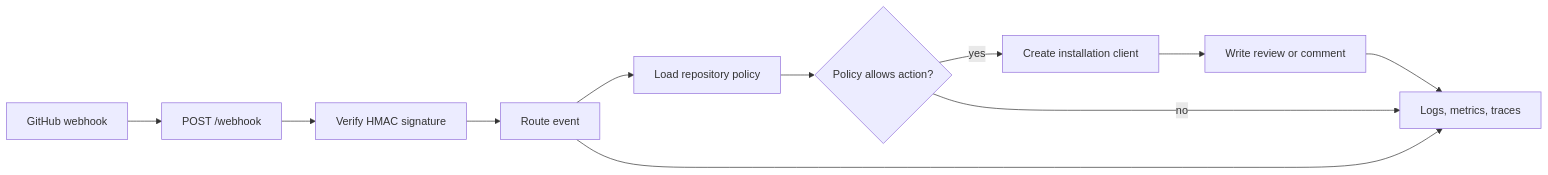
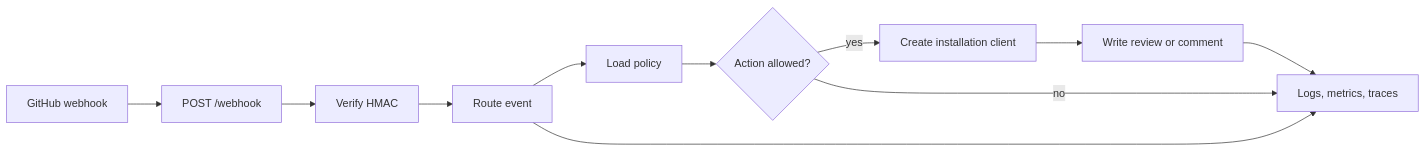
One commit to dannysauer/stampbot changed the first of 2 diagrams in docs/architecture.md. Above: the diagram before and after it, drawn with Mermaid. The commit also changed other lines of this file and 15 other files, not shown here.

````diff
--- a/docs/architecture.md
+++ b/docs/architecture.md
@@ -14,23 +12,23 @@
 ```mermaid
 flowchart LR
     github["GitHub webhook"]
     http["POST /webhook"]
-    signature["Verify HMAC signature"]
-    router["Route event"]
-    policy["Load repository policy"]
-    decision{"Policy allows action?"}
-    token["Create installation client"]
-    review["Write review or comment"]
-    telemetry["Logs, metrics, traces"]
+    signature["Verify HMAC"]
+    route["Route event"]
+    policy["Load policy"]
+    decision{"Action allowed?"}
+    installation["Create installation client"]
+    write["Write review or comment"]
+    signals["Logs, metrics, traces"]
 
     github --> http
     http --> signature
-    signature --> router
-    router --> policy
+    signature --> route
+    route --> policy
     policy --> decision
-    decision -->|yes| token
-    token --> review
-    decision -->|no| telemetry
-    router --> telemetry
-    review --> telemetry
+    decision -->|yes| installation
+    installation --> write
+    decision -->|no| signals
+    route --> signals
+    write --> signals
 ```
````
